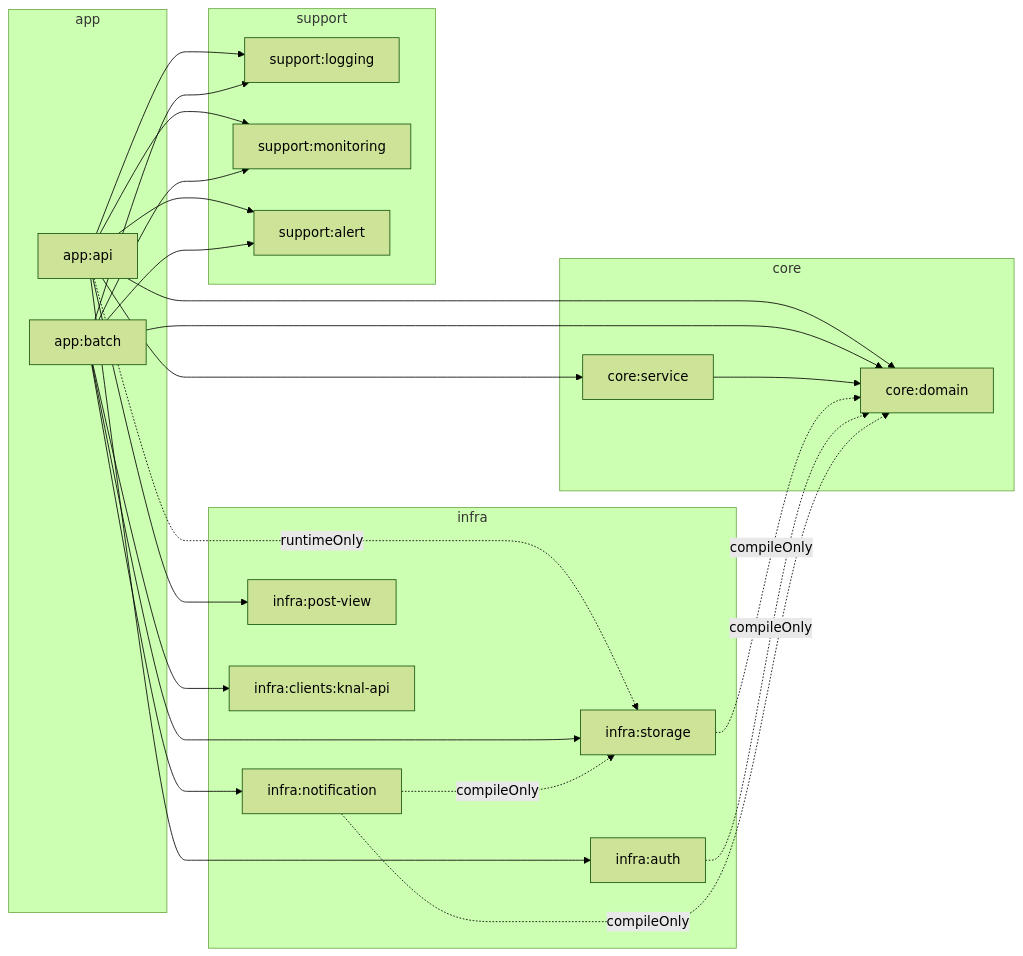
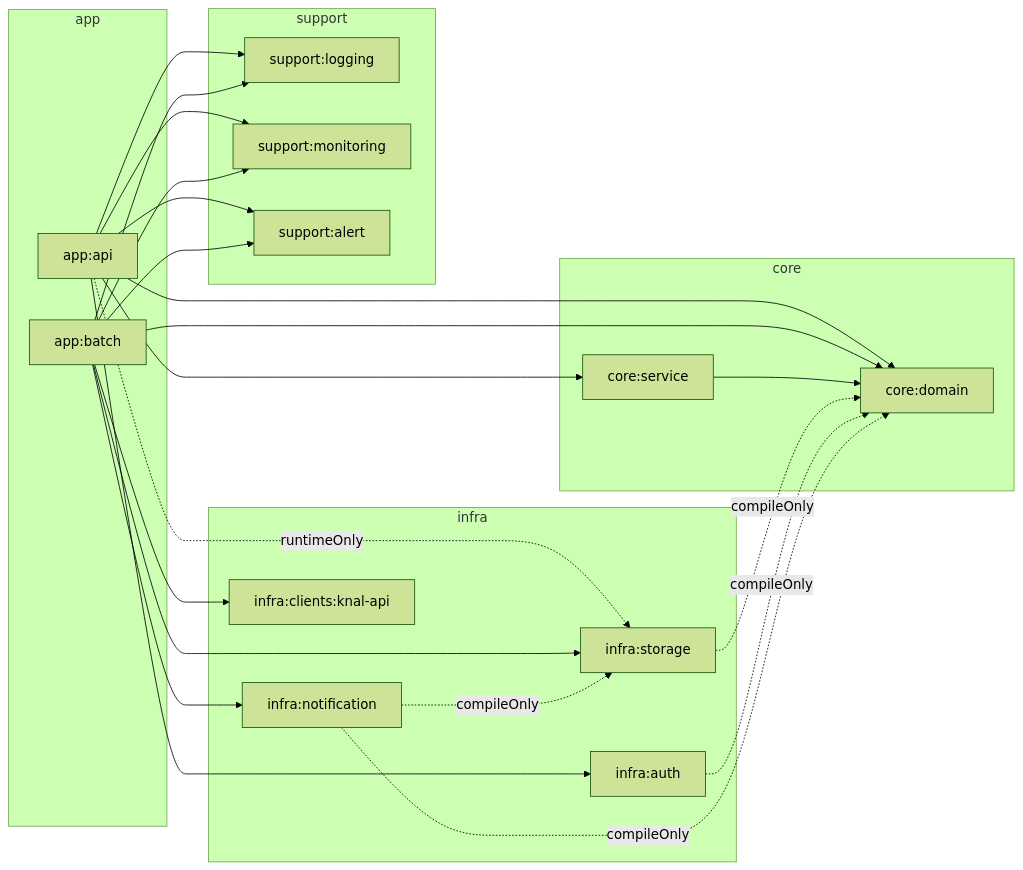
The diagram in README.md (ogongchill/barlow), drawn with Mermaid (forest theme) before and after one commit. The commit also changed other lines of this file, not shown here.

Commit message:
docs : 루트 README — infra:post-view 모듈 제거 반영

````diff
--- a/README.md
+++ b/README.md
@@ -34,45 +33,43 @@
 ```mermaid
 graph LR
     subgraph app
         app_api["app:api"]
         app_batch["app:batch"]
     end
 
     subgraph core
         core_domain["core:domain"]
         core_service["core:service"]
     end
 
     subgraph infra
         infra_storage["infra:storage"]
         infra_auth["infra:auth"]
         infra_notification["infra:notification"]
-        infra_post_view["infra:post-view"]
         infra_knal["infra:clients:knal-api"]
     end
 
     subgraph support
         sup_log["support:logging"]
         sup_mon["support:monitoring"]
         sup_alert["support:alert"]
     end
 
     app_api --> core_service
     app_api --> core_domain
     app_api --> infra_auth
-    app_api --> infra_post_view
     app_api -.->|runtimeOnly| infra_storage
     app_api --> sup_log & sup_mon & sup_alert
 
     app_batch --> core_domain
     app_batch --> infra_storage
     app_batch --> infra_notification
     app_batch --> infra_knal
     app_batch --> sup_log & sup_mon & sup_alert
 
     core_service --> core_domain
     infra_storage -.->|compileOnly| core_domain
     infra_auth -.->|compileOnly| core_domain
     infra_notification -.->|compileOnly| core_domain
     infra_notification -.->|compileOnly| infra_storage
 ```
````
